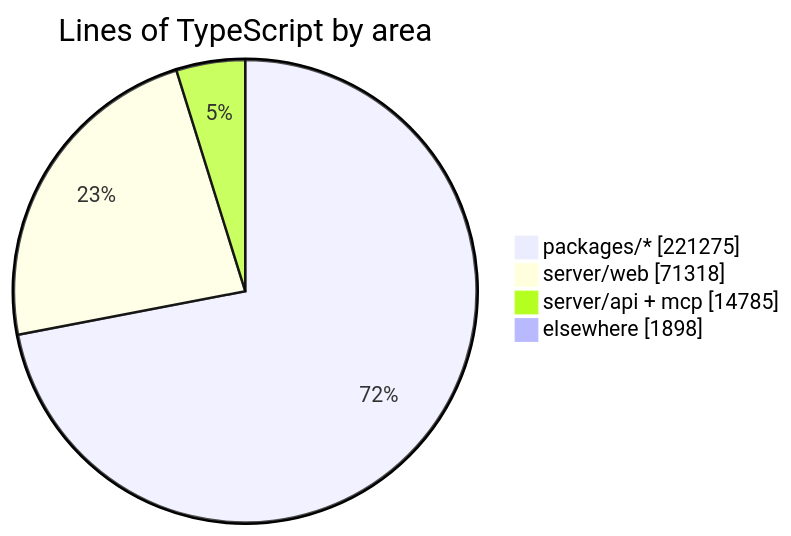
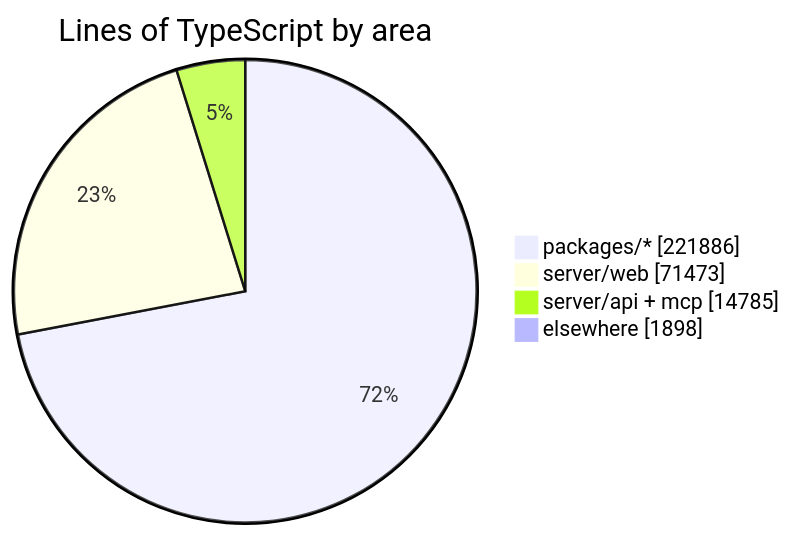
The diagram in README.md (crossworks-engineering/mantle), drawn with Mermaid before and after one commit. The commit also changed other lines of this file and 2 other files, not shown here.

````diff
--- a/README.md
+++ b/README.md
@@ -287,7 +287,7 @@
 ```mermaid
 pie showData title Lines of TypeScript by area
-    "packages/*" : 221275
-    "server/web" : 71318
+    "packages/*" : 221886
+    "server/web" : 71473
     "server/api + mcp" : 14785
     "elsewhere" : 1898
 ```
````
